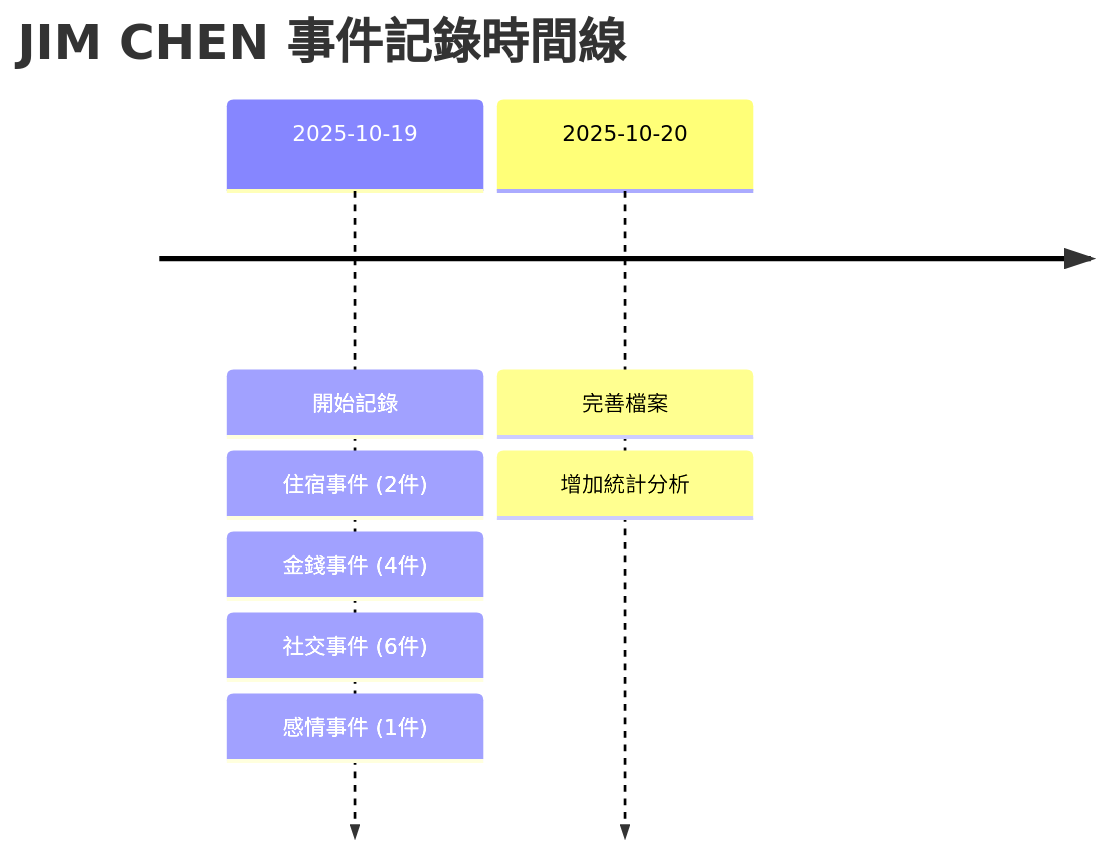
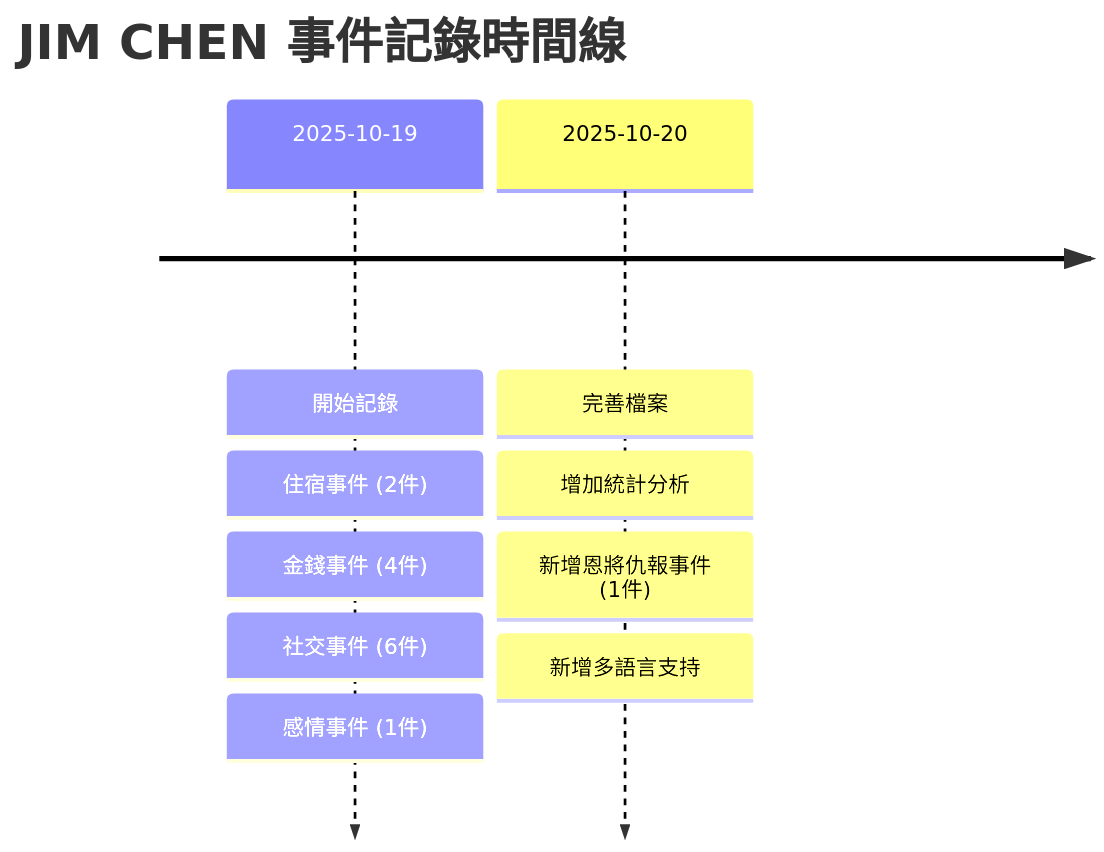
The second of 2 diagrams in zh-CN/笔记/📦 收集箱/陳俊霖 JIM CHEN.md (Zakkaus/nolebase), drawn with Mermaid before and after one commit. The commit also changed other lines of this file and 5 other files, not shown here.

````diff
--- a/zh-CN/笔记/📦 收集箱/陳俊霖 JIM CHEN.md
+++ b/zh-CN/笔记/📦 收集箱/陳俊霖 JIM CHEN.md
@@ -255,11 +293,13 @@
 ```mermaid
 timeline
     title JIM CHEN 事件記錄時間線
     2025-10-19 : 開始記錄
              : 住宿事件 (2件)
              : 金錢事件 (4件)
              : 社交事件 (6件)
              : 感情事件 (1件)
     2025-10-20 : 完善檔案
              : 增加統計分析
+             : 新增恩將仇報事件 (1件)
+             : 新增多語言支持
 ```
````
